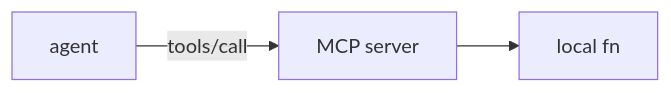
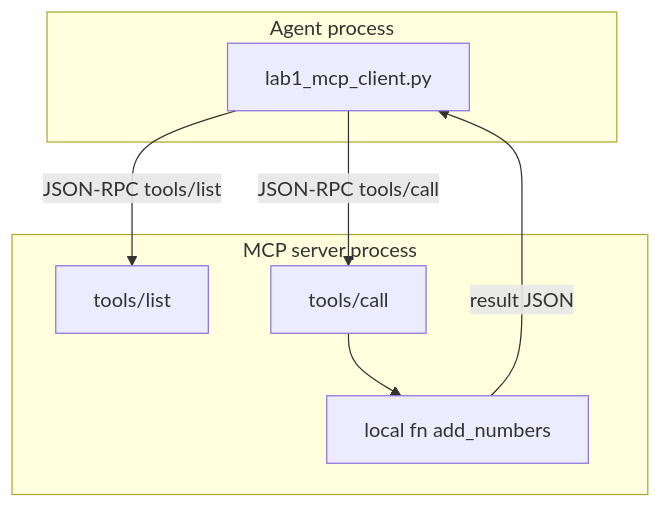
One commit to jacobbweber/AgenticAI-Labs changed the diagram in education/14_mcp/00_mcp_overview.md. Above: the diagram before and after it, drawn with Mermaid. The commit also changed other lines of this file, not shown here.

Commit message:
Align 14_mcp/00_mcp_overview.md to the module template.

````diff
--- a/education/14_mcp/00_mcp_overview.md
+++ b/education/14_mcp/00_mcp_overview.md
@@ -27,5 +49,15 @@
 ```mermaid
-flowchart LR
-    A["agent"] -->|"tools/call"| S["MCP server"]
-    S --> T["local fn"]
+flowchart TD
+    subgraph mcp_agent [Agent process]
+        C["lab1_mcp_client.py"]
+    end
+    subgraph mcp_server [MCP server process]
+        L["tools/list"]
+        CALL["tools/call"]
+        FN["local fn add_numbers"]
+    end
+    C -->|"JSON-RPC tools/list"| L
+    C -->|"JSON-RPC tools/call"| CALL
+    CALL --> FN
+    FN -->|"result JSON"| C
 ```
````
